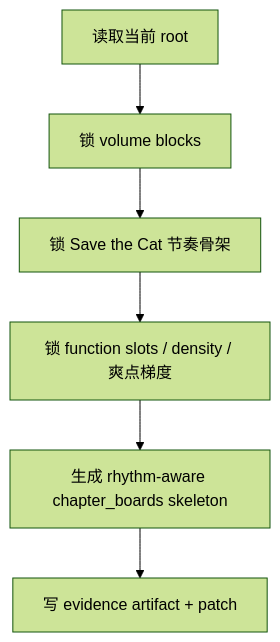
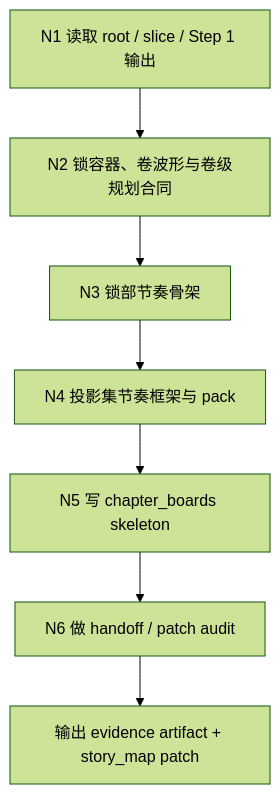
The first of 3 diagrams in .agents/skills/story/2-Planning/2-章节规划/SKILL.md (ZEN-VOID/AI-CUT), drawn with Mermaid (forest theme) before and after one commit. The commit also changed other lines of this file and 184 other files, not shown here.

````diff
--- a/.agents/skills/story/2-Planning/2-章节规划/SKILL.md
+++ b/.agents/skills/story/2-Planning/2-章节规划/SKILL.md
@@ -98,8 +148,9 @@
 ```mermaid
 flowchart TD
-    A["读取当前 root"] --> B["锁 volume blocks"]
-    B --> C["锁 Save the Cat 节奏骨架"]
-    C --> D["锁 function slots / density / 爽点梯度"]
-    D --> E["生成 rhythm-aware chapter_boards skeleton"]
-    E --> F["写 evidence artifact + patch"]
+    A["N1 读取 root / slice / Step 1 输出"] --> B["N2 锁容器、卷波形与卷级规划合同"]
+    B --> C["N3 锁部节奏骨架"]
+    C --> D["N4 投影集节奏框架与 pack"]
+    D --> E["N5 写 chapter_boards skeleton"]
+    E --> F["N6 做 handoff / patch audit"]
+    F --> G["输出 evidence artifact + story_map patch"]
 ```
````
